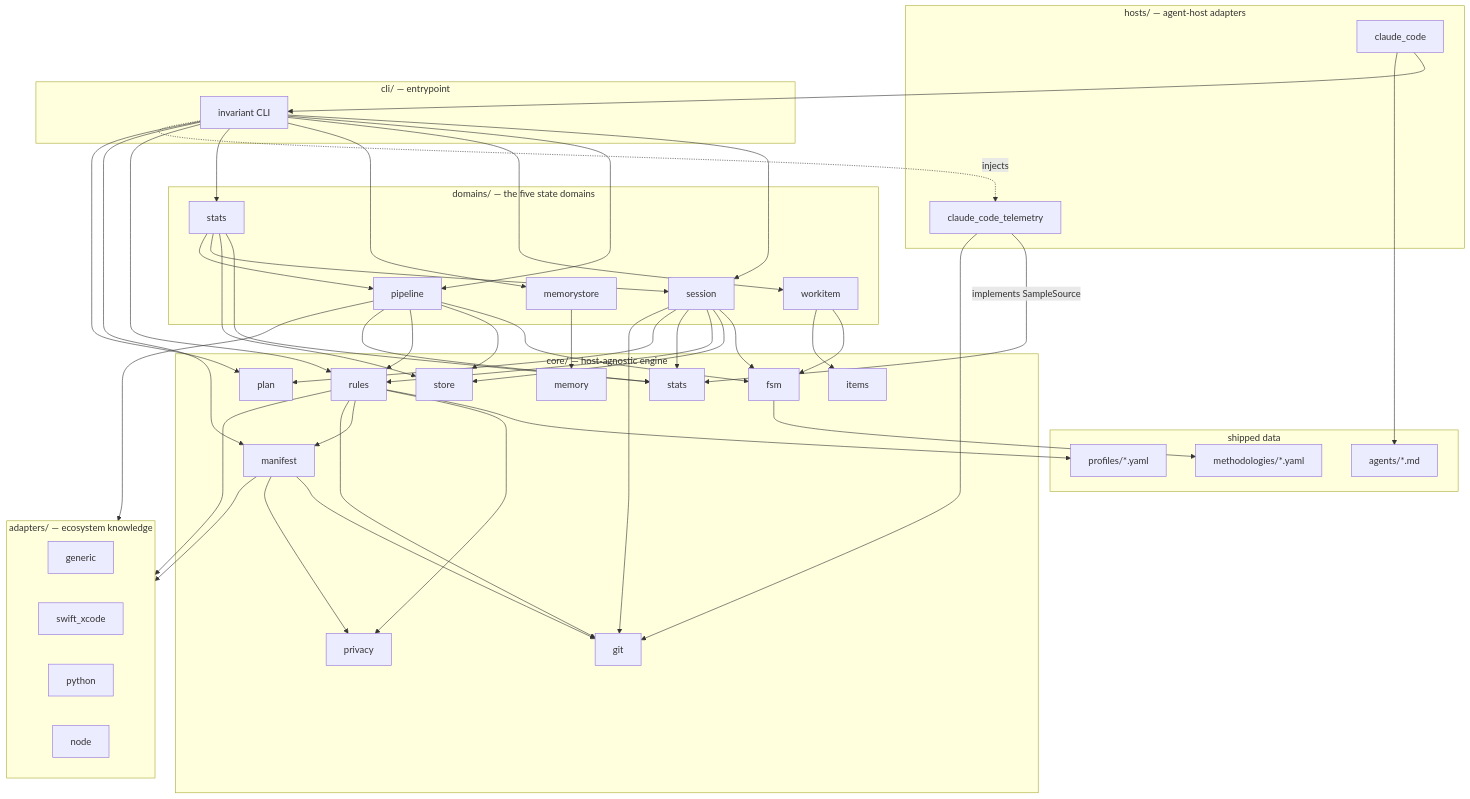
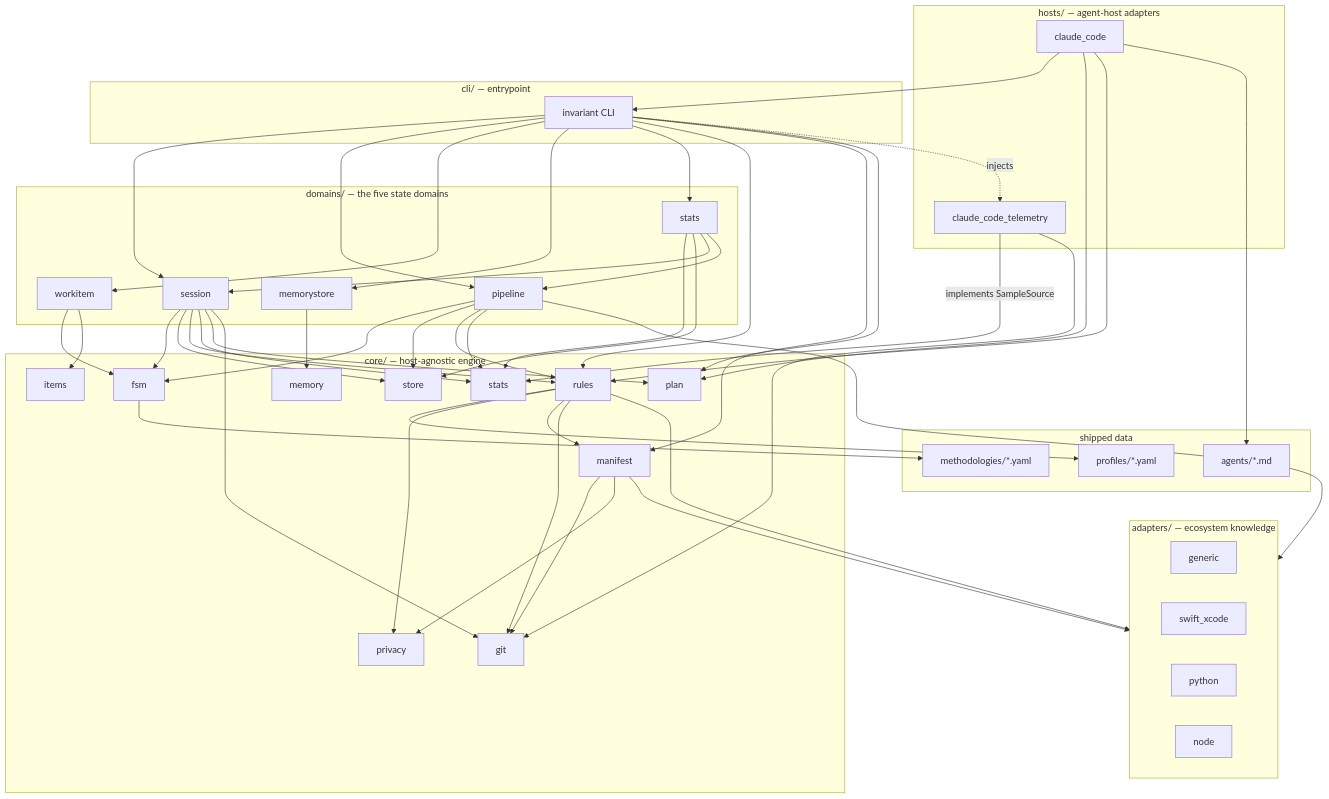
Before and after one commit to Mindchallenges/Invariant: the first of 3 diagrams in docs/architecture/overview.md, drawn with Mermaid. The commit also changed other lines of this file and 7 other files, not shown here.

```diff
--- a/docs/architecture/overview.md
+++ b/docs/architecture/overview.md
@@ -55,6 +55,8 @@
     end
 
     CC --> CLI
+    CC --> PLAN
+    CC --> RULES
     CLI --> SESSION
     CLI --> PIPELINE
     CLI --> WORKITEM
```
